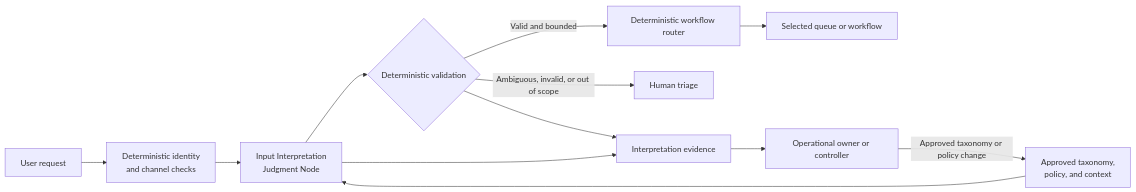
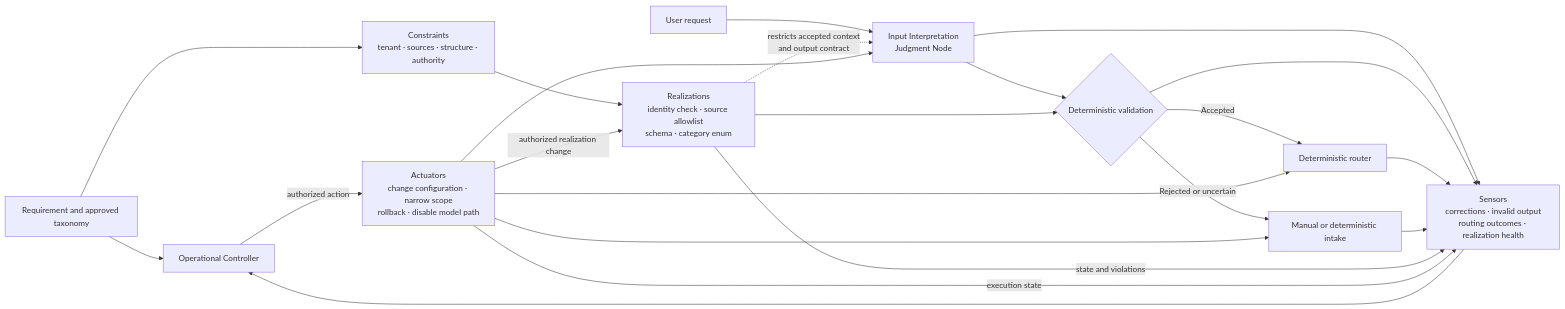
Before and after one commit to UncertaintyArchitectureGroup/uncertainty-architecture: the first of 4 diagrams in 03-reference-architectures/judgment-placement-examples.md, drawn with Mermaid. The commit also changed other lines of this file and 31 other files, not shown here.

First line of the commit message:
Define Constraints and Constraint Realization as first-class control concepts (#32)

````diff
--- a/03-reference-architectures/judgment-placement-examples.md
+++ b/03-reference-architectures/judgment-placement-examples.md
@@ -61,23 +79,34 @@
 ```mermaid
 flowchart LR
+    R[Requirement and approved taxonomy]
+    K[Constraints<br/>tenant · sources · structure · authority]
+    KR[Realizations<br/>identity check · source allowlist<br/>schema · category enum]
     U[User request]
-    AUTH[Deterministic identity<br/>and channel checks]
     J[Input Interpretation<br/>Judgment Node]
-    CTX[Approved taxonomy,<br/>policy, and context]
     V{Deterministic validation}
-    R[Deterministic workflow router]
-    Q[Selected queue or workflow]
-    H[Human triage]
-    E[Interpretation evidence]
-    O[Operational owner or controller]
+    Q[Deterministic router]
+    F[Manual or deterministic intake]
+    S[Sensors<br/>corrections · invalid output<br/>routing outcomes · realization health]
+    C[Operational Controller]
+    A[Actuators<br/>change configuration · narrow scope<br/>rollback · disable model path]
 
-    U --> AUTH --> J
-    CTX --> J
-    J --> V
-    V -->|Valid and bounded| R --> Q
-    V -->|Ambiguous, invalid, or out of scope| H
-    J --> E
-    V --> E
-    E --> O
-    O -->|Approved taxonomy or policy change| CTX
+    R --> C
+    R --> K --> KR
+    U --> J --> V
+    KR -. restricts accepted context<br/>and output contract .-> J
+    KR --> V
+    V -->|Accepted| Q
+    V -->|Rejected or uncertain| F
+    J --> S
+    V --> S
+    Q --> S
+    F --> S
+    KR -->|state and violations| S
+    A -->|execution state| S
+    S --> C
+    C -->|authorized action| A
+    A --> J
+    A --> Q
+    A --> F
+    A -->|authorized realization change| KR
 ```
````
